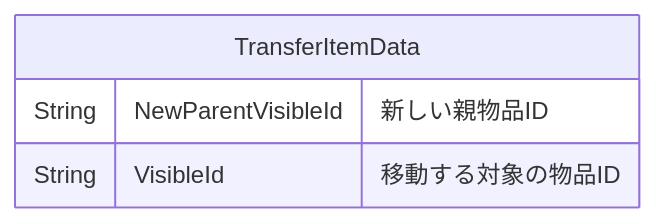
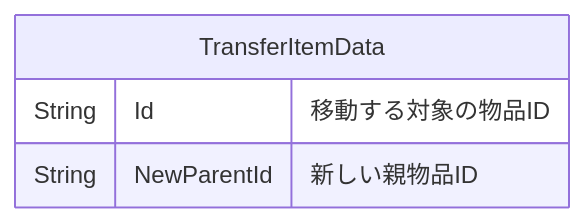
Before and after one commit to sohosai/dashi: the ninth of 14 diagrams in documents/endpoint.md, drawn with Mermaid. The commit also changed other lines of this file, not shown here.

````diff
--- a/documents/endpoint.md
+++ b/documents/endpoint.md
@@ -533,7 +523,7 @@
 ```mermaid
 erDiagram
     TransferItemData {
-        String NewParentVisibleId "新しい親物品ID"
-        String VisibleId "移動する対象の物品ID"
+        String Id "移動する対象の物品ID"
+        String NewParentId "新しい親物品ID"
     }
 ```
````
